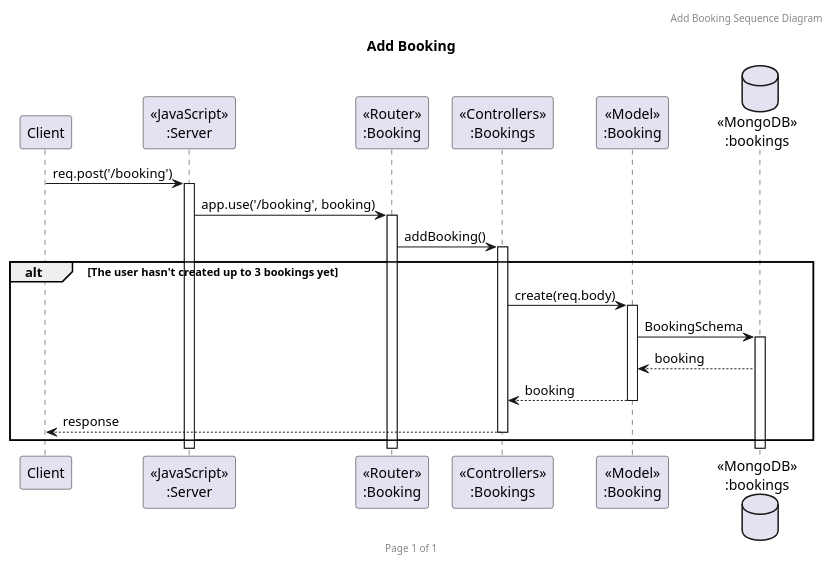
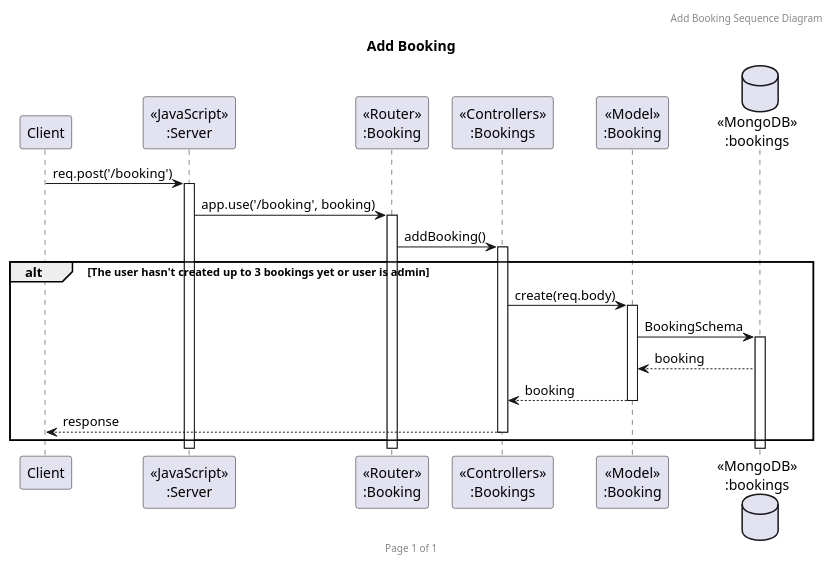
Before and after one commit to 2110503TACEDT66/presentation-day-1-laeo-tae-loei: the diagram in diagram/sequence/booking/addBooking.puml, drawn with PlantUML.

```diff
--- a/diagram/sequence/booking/addBooking.puml
+++ b/diagram/sequence/booking/addBooking.puml
@@ -1,24 +1,24 @@
 @startuml Add Booking
 
 header Add Booking Sequence Diagram
 footer Page %page% of %lastpage%
 title "Add Booking"
 
 participant "Client" as client
 participant "<<JavaScript>>\n:Server" as server
 participant "<<Router>>\n:Booking" as routerBookings
 participant "<<Controllers>>\n:Bookings" as controllersBookings
 participant "<<Model>>\n:Booking" as modelBooking
 database "<<MongoDB>>\n:bookings" as BookingsDatabase
 
 client -> server ++:req.post('/booking')
 server -> routerBookings ++:app.use('/booking', booking)
 routerBookings -> controllersBookings ++:addBooking()
-alt The user hasn't created up to 3 bookings yet
+alt The user hasn't created up to 3 bookings yet or user is admin
     controllersBookings -> modelBooking ++:create(req.body)
     modelBooking -> BookingsDatabase ++: BookingSchema
     BookingsDatabase --> modelBooking: booking
     controllersBookings <-- modelBooking --: booking
     controllersBookings --> client --: response
 end
 @enduml
```
